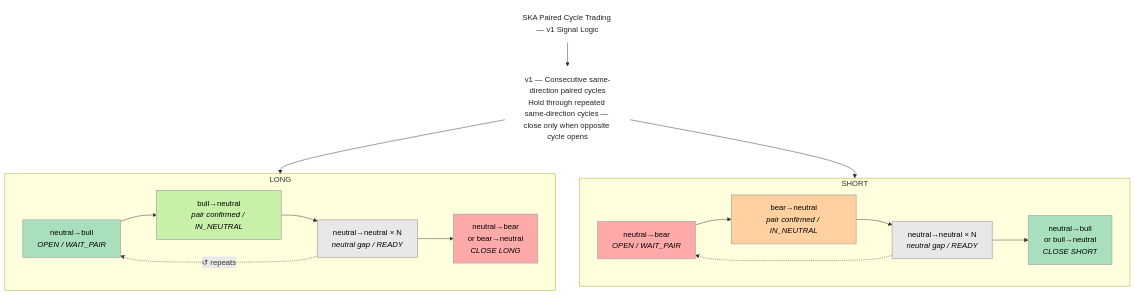
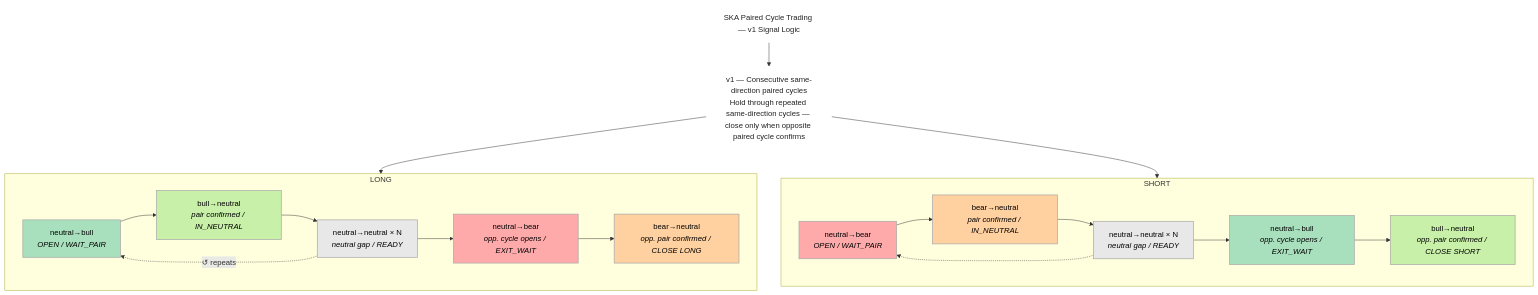
Before and after one commit to quantiota/SKA-quantitative-finance: the diagram in real_time_trading_bots/README.md, drawn with Mermaid. The commit also changed 3 other files, not shown here.

````diff
--- a/real_time_trading_bots/README.md
+++ b/real_time_trading_bots/README.md
@@ -23,50 +23,54 @@
 ```mermaid
 flowchart TB
     title["SKA Paired Cycle Trading — v1 Signal Logic"]
 
-    note["v1 — Consecutive same-direction paired cycles<br/>Hold through repeated same-direction cycles — close only when opposite cycle opens"]
+    note["v1 — Consecutive same-direction paired cycles<br/>Hold through repeated same-direction cycles — close only when opposite paired cycle confirms"]
 
     title --> note
 
     subgraph LONG["LONG"]
         direction LR
         L1["neutral→bull<br/><i>OPEN / WAIT_PAIR</i>"]
         L2["bull→neutral<br/><i>pair confirmed / IN_NEUTRAL</i>"]
         L3["neutral→neutral × N<br/><i>neutral gap / READY</i>"]
-        L4["neutral→bear<br/>or bear→neutral<br/><i>CLOSE LONG</i>"]
+        L4["neutral→bear<br/><i>opp. cycle opens / EXIT_WAIT</i>"]
+        L5["bear→neutral<br/><i>opp. pair confirmed / CLOSE LONG</i>"]
 
-        L1 --> L2 --> L3 --> L4
+        L1 --> L2 --> L3 --> L4 --> L5
         L3 -. "↺ repeats" .-> L1
     end
 
     subgraph SHORT["SHORT"]
         direction LR
         S1["neutral→bear<br/><i>OPEN / WAIT_PAIR</i>"]
         S2["bear→neutral<br/><i>pair confirmed / IN_NEUTRAL</i>"]
         S3["neutral→neutral × N<br/><i>neutral gap / READY</i>"]
-        S4["neutral→bull<br/>or bull→neutral<br/><i>CLOSE SHORT</i>"]
+        S4["neutral→bull<br/><i>opp. cycle opens / EXIT_WAIT</i>"]
+        S5["bull→neutral<br/><i>opp. pair confirmed / CLOSE SHORT</i>"]
 
-        S1 --> S2 --> S3 --> S4
+        S1 --> S2 --> S3 --> S4 --> S5
         S3 -.-> S1
     end
 
     note --> LONG
     note --> SHORT
 
     classDef longOpen fill:#A8DFBC,stroke:#AAAAAA,color:#000,stroke-width:1.5px;
     classDef longPair fill:#C8F0A8,stroke:#AAAAAA,color:#000,stroke-width:1.5px;
     classDef shortOpen fill:#FFAAAA,stroke:#AAAAAA,color:#000,stroke-width:1.5px;
     classDef shortPair fill:#FFD0A0,stroke:#AAAAAA,color:#000,stroke-width:1.5px;
     classDef neutral fill:#E8E8E8,stroke:#AAAAAA,color:#000,stroke-width:1.5px;
     classDef meta fill:#FFFFFF,stroke:#FFFFFF,color:#222;
 
     class title,note meta;
     class L1 longOpen;
     class L2 longPair;
     class L3 neutral;
     class L4 shortOpen;
+    class L5 shortPair;
     class S1 shortOpen;
     class S2 shortPair;
     class S3 neutral;
     class S4 longOpen;
+    class S5 longPair;
 ```
````
